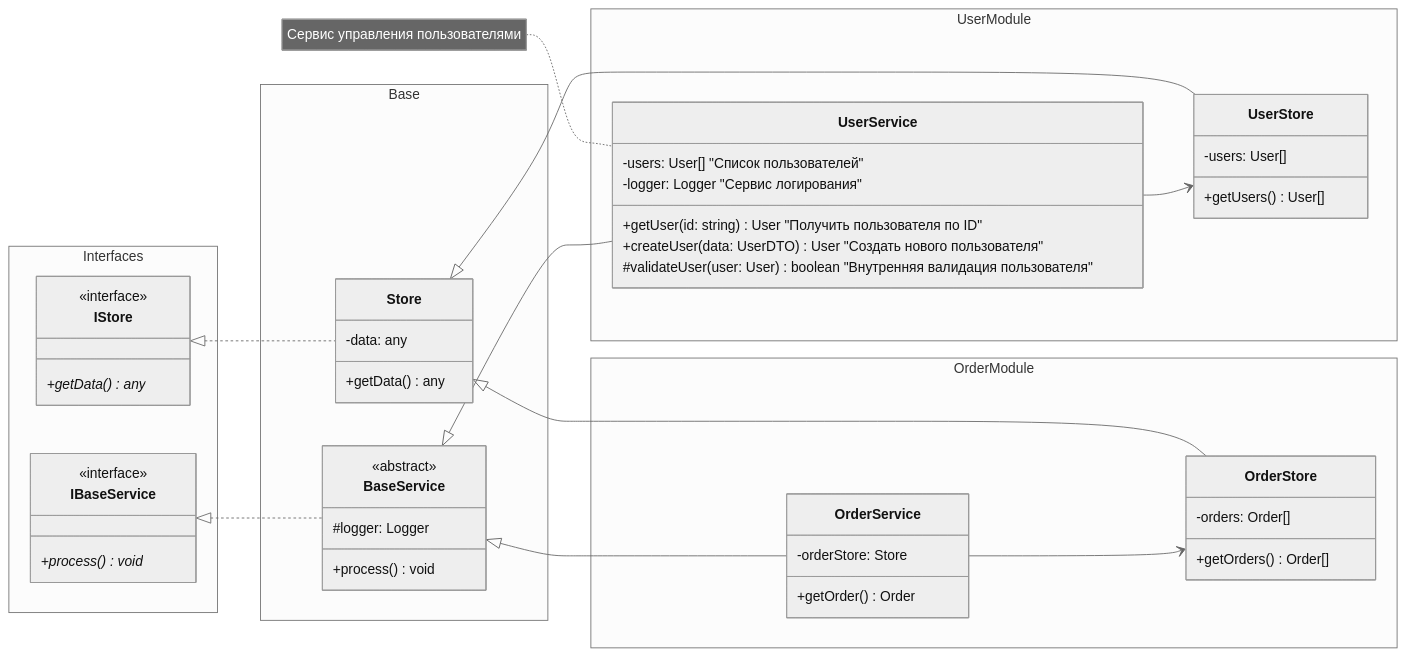
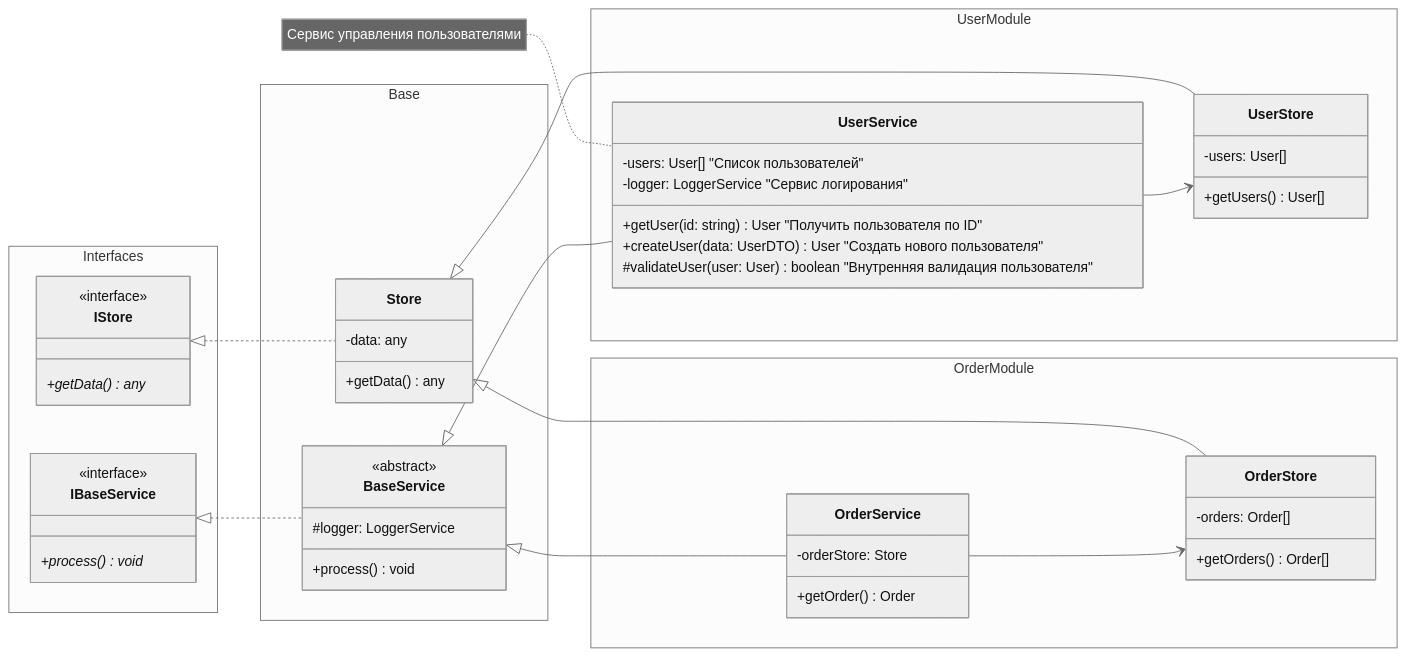
Before and after one commit to Vlad92msk/social_network.v2: the first of 2 diagrams in tutorials/diagrams/classes.md, drawn with Mermaid (neutral theme). The commit also changed other lines of this file and 38 other files, not shown here.

````diff
--- a/tutorials/diagrams/classes.md
+++ b/tutorials/diagrams/classes.md
@@ -18,71 +18,71 @@
 ```mermaid
 classDiagram
     direction LR
     
     %% Основные интерфейсы
     namespace Interfaces {
         class IBaseService {
             <<interface>>
             +process()* void
         }
         class IStore {
             <<interface>>
             +getData()* any
         }
     }
     
     %% Базовые классы
     namespace Base {
         class BaseService {
             <<abstract>>
-            #logger: Logger
+            #logger: LoggerService
             +process() void
         }
         class Store {
             -data: any
             +getData() any
         }
     }
     
     %% Feature 1
     namespace UserModule {
         class UserService {
             -users: User[] "Список пользователей"
-            -logger: Logger "Сервис логирования"
+            -logger: LoggerService "Сервис логирования"
             +getUser(id: string) User "Получить пользователя по ID"
             +createUser(data: UserDTO) User "Создать нового пользователя"
             #validateUser(user: User) boolean "Внутренняя валидация пользователя"
         }
         class UserStore {
             -users: User[]
             +getUsers() User[]
         }
     }
 
     %% Можно добавить несколько заметок
     note for UserService "Сервис управления пользователями"
     
     %% Feature 2
     namespace OrderModule {
         class OrderService {
             -orderStore: Store
             +getOrder() Order
         }
         class OrderStore {
             -orders: Order[]
             +getOrders() Order[]
         }
     }
     
     %% Связи между модулями
     IBaseService <|.. BaseService
     IStore <|.. Store
     BaseService <|-- UserService
     BaseService <|-- OrderService
     Store <|-- UserStore
     Store <|-- OrderStore
     
     %% Связи внутри модулей
     UserService --> UserStore
     OrderService --> OrderStore
 ```
````
